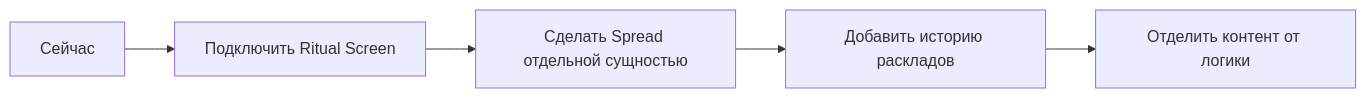
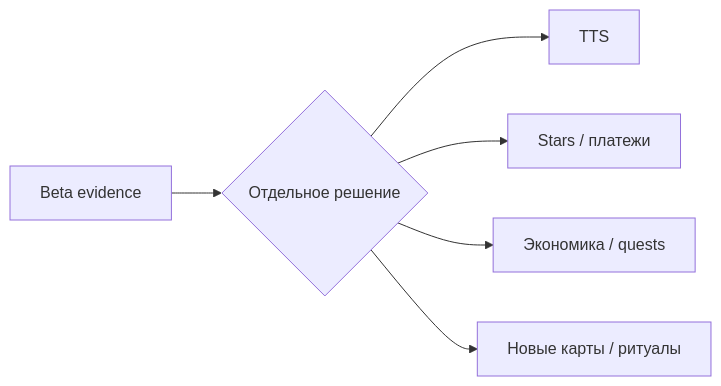
One commit to YukiSakura13/WYRD changed the fourth of 4 diagrams in docs/ROADMAP_VISUAL.md. Above: the diagram before and after it, drawn with Mermaid. The commit also changed other lines of this file and 11 other files, not shown here.

````diff
--- a/docs/ROADMAP_VISUAL.md
+++ b/docs/ROADMAP_VISUAL.md
@@ -137,7 +58,8 @@
 ```mermaid
 flowchart LR
-    A["Сейчас"] --> B["Подключить Ritual Screen"]
-    B --> C["Сделать Spread отдельной сущностью"]
-    C --> D["Добавить историю раскладов"]
-    D --> E["Отделить контент от логики"]
+    Evidence["Beta evidence"] --> Decision{"Отдельное решение"}
+    Decision --> TTS["TTS"]
+    Decision --> Payments["Stars / платежи"]
+    Decision --> Meta["Экономика / quests"]
+    Decision --> Expansion["Новые карты / ритуалы"]
 ```
````
